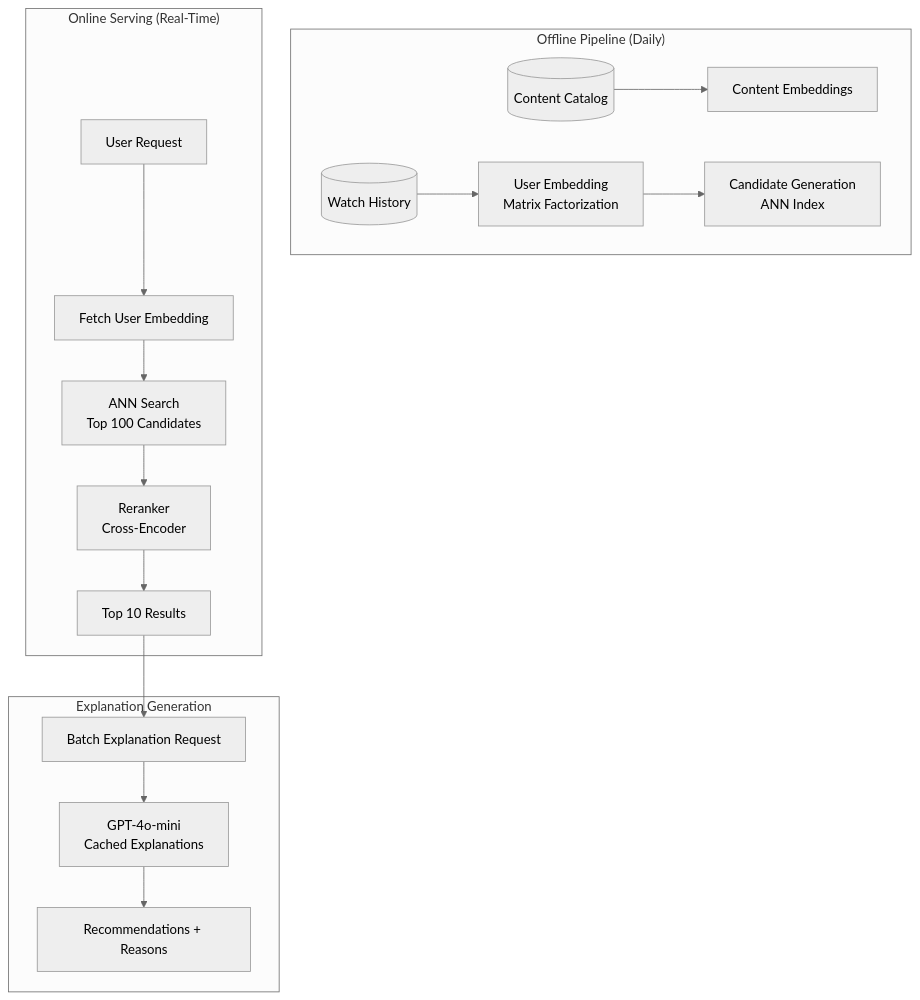
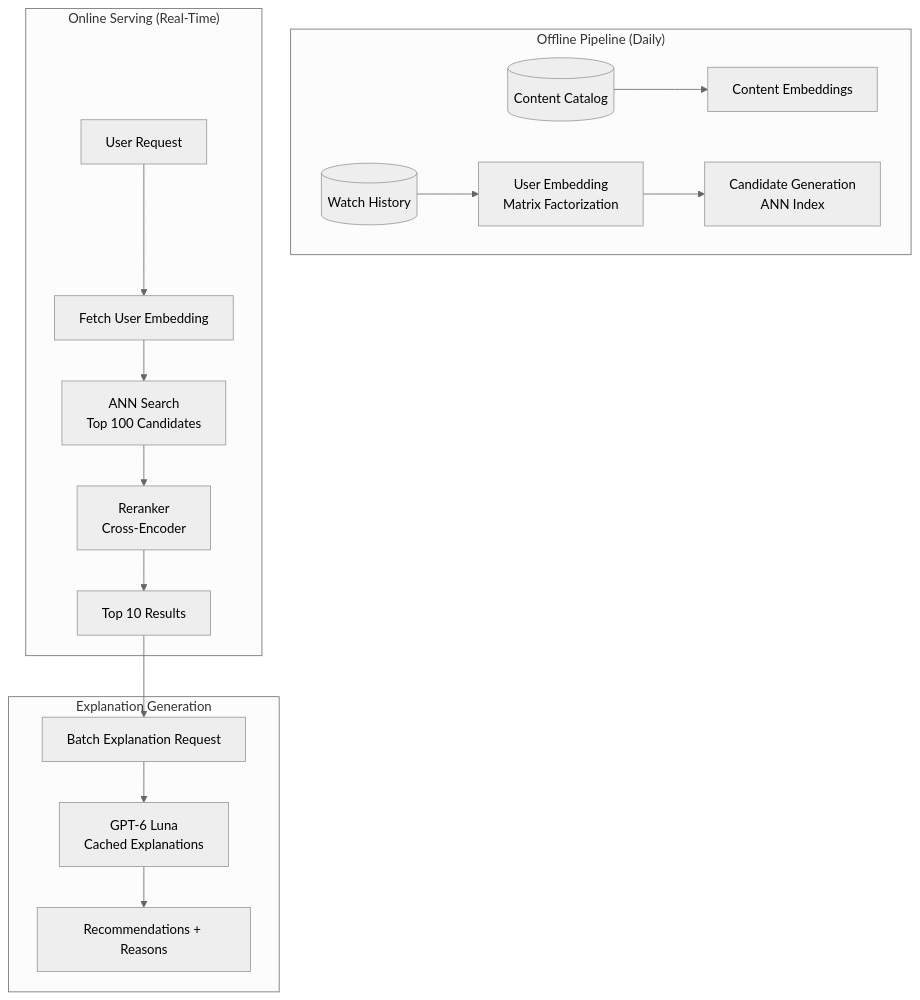
Before and after one commit to ChiHoc/ai-system-design-guide-zh: the first of 2 diagrams in 16-case-studies/11-recommendation-engine.md, drawn with Mermaid (neutral theme). The commit also changed other lines of this file and 149 other files, not shown here.

````diff
--- a/16-case-studies/11-recommendation-engine.md
+++ b/16-case-studies/11-recommendation-engine.md
@@ -24,21 +24,21 @@
 ```mermaid
 flowchart TB
     subgraph Offline["Offline Pipeline (Daily)"]
         HISTORY[(Watch History)] --> EMBED[User Embedding<br/>Matrix Factorization]
         CATALOG[(Content Catalog)] --> CONTENT_EMBED[Content Embeddings]
         EMBED --> CANDIDATES[Candidate Generation<br/>ANN Index]
     end
 
     subgraph Online["Online Serving (Real-Time)"]
         USER[User Request] --> FETCH[Fetch User Embedding]
         FETCH --> ANN[ANN Search<br/>Top 100 Candidates]
         ANN --> RERANK[Reranker<br/>Cross-Encoder]
         RERANK --> TOP10[Top 10 Results]
     end
 
     subgraph Explain["Explanation Generation"]
         TOP10 --> BATCH[Batch Explanation Request]
-        BATCH --> LLM[GPT-4o-mini<br/>Cached Explanations]
+        BATCH --> LLM[GPT-6 Luna<br/>Cached Explanations]
         LLM --> RESPONSE[Recommendations + Reasons]
     end
 ```
````
